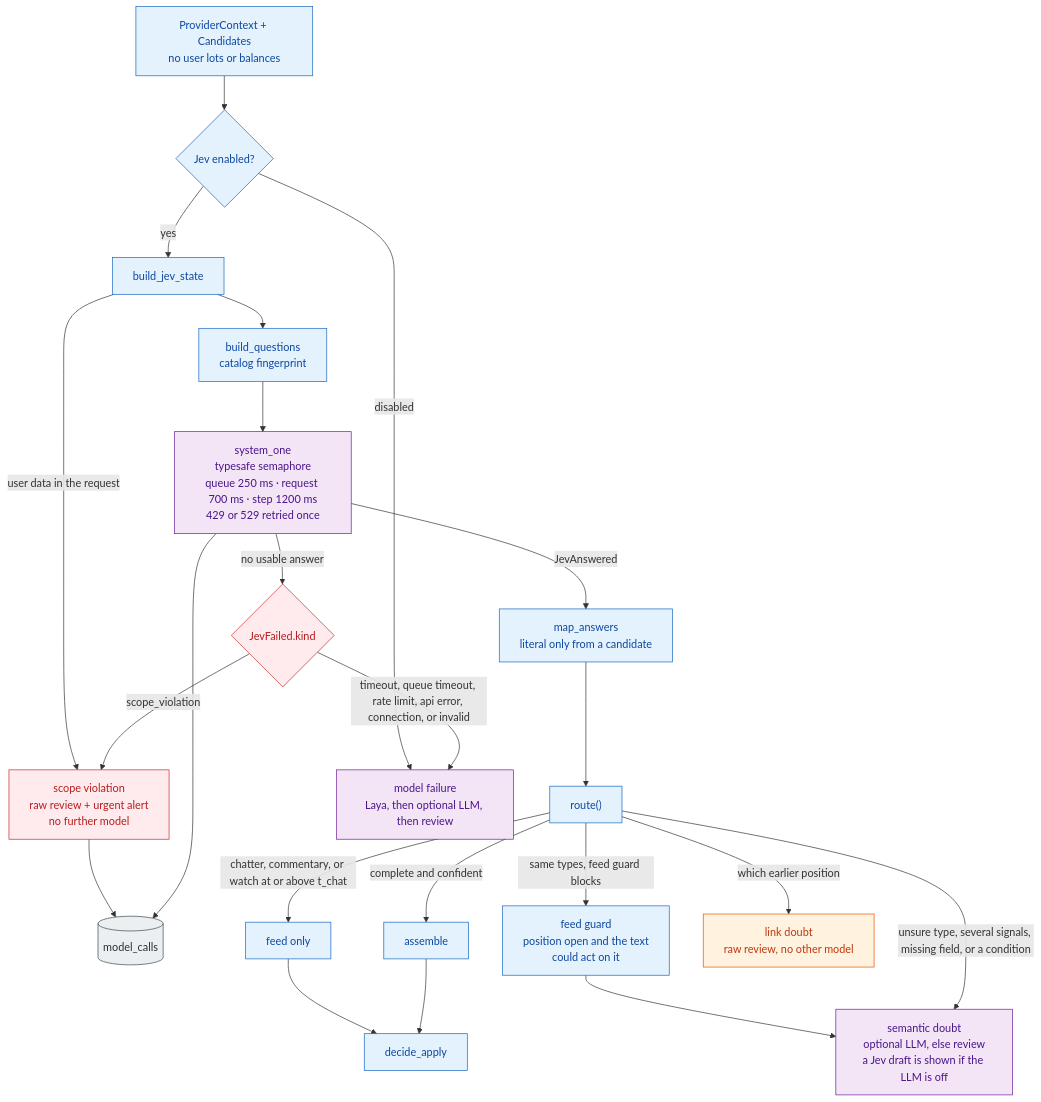
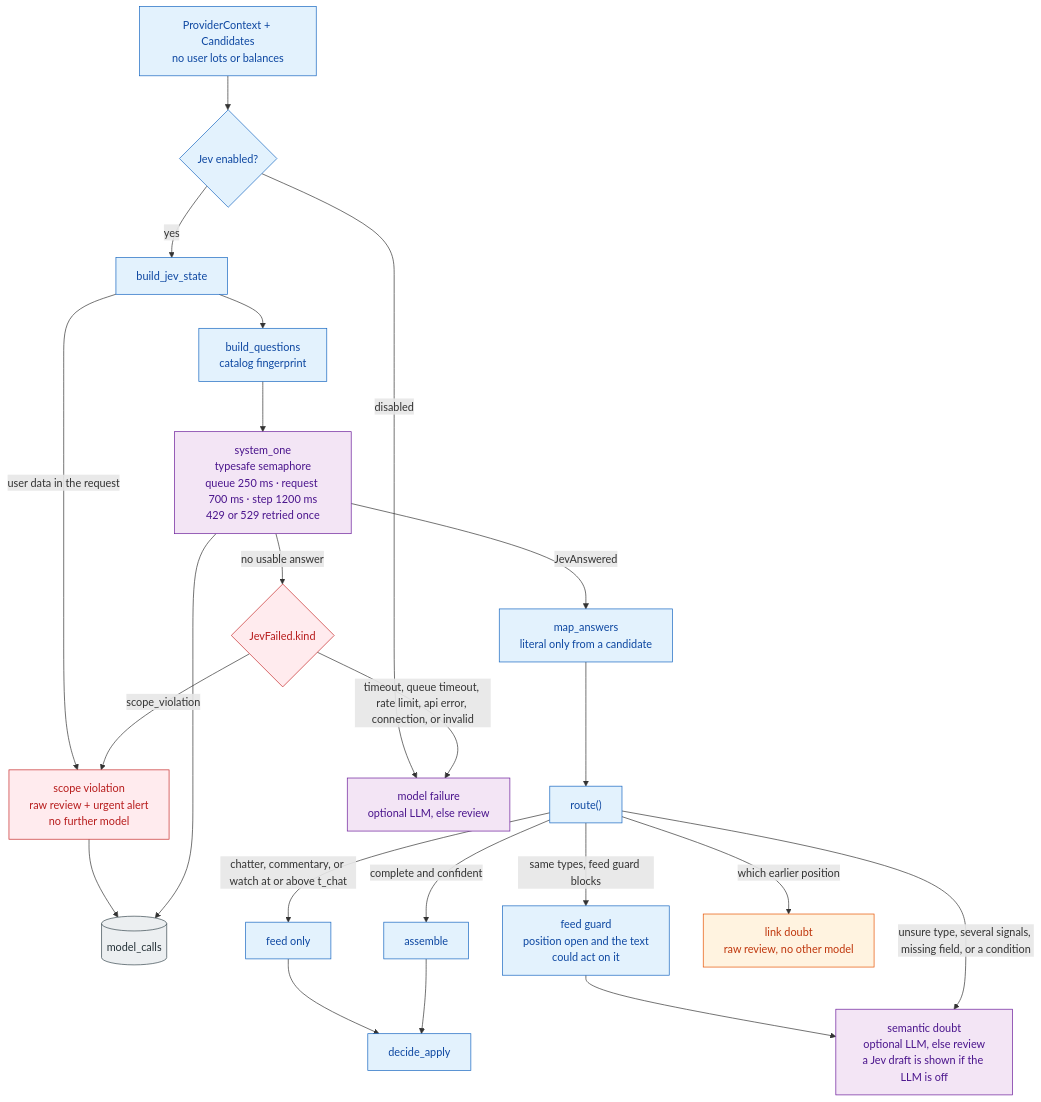
The diagram in docs/diagrams/14-jev.md (idolrun/trading-agent), drawn with Mermaid before and after one commit. The commit also changed other lines of this file and 64 other files, not shown here.

````diff
--- a/docs/diagrams/14-jev.md
+++ b/docs/diagrams/14-jev.md
@@ -11,46 +11,46 @@
 ```mermaid
 flowchart TB
     classDef code fill:#e3f2fd,stroke:#1565c0,color:#0d47a1
     classDef model fill:#f3e5f5,stroke:#6a1b9a,color:#4a148c
     classDef human fill:#fff3e0,stroke:#e65100,color:#bf360c
     classDef fail fill:#ffebee,stroke:#c62828,color:#b71c1c
     classDef store fill:#eceff1,stroke:#37474f,color:#263238
 
     IN["ProviderContext + Candidates<br/>no user lots or balances"]:::code
     ON{"Jev enabled?"}:::code
     STATE["build_jev_state"]:::code
     SCOPE["scope violation<br/>raw review + urgent alert<br/>no further model"]:::fail
     QS["build_questions<br/>catalog fingerprint"]:::code
     CALL["system_one<br/>typesafe semaphore<br/>queue 250 ms · request 700 ms · step 1200 ms<br/>429 or 529 retried once"]:::model
     AUDIT[("model_calls")]:::store
     FAIL{"JevFailed.kind"}:::fail
     MAP["map_answers<br/>literal only from a candidate"]:::code
     ROUTE["route()"]:::code
     FEED["feed only"]:::code
     ASM["assemble"]:::code
     APPLY["decide_apply"]:::code
     GUARD["feed guard<br/>position open and the text<br/>could act on it"]:::code
     LINK["link doubt<br/>raw review, no other model"]:::human
     SEM["semantic doubt<br/>optional LLM, else review<br/>a Jev draft is shown if the LLM is off"]:::model
-    LAYA["model failure<br/>Laya, then optional LLM, then review"]:::model
+    MF["model failure<br/>optional LLM, else review"]:::model
 
     IN --> ON
-    ON -->|"disabled"| LAYA
+    ON -->|"disabled"| MF
     ON -->|"yes"| STATE
     STATE -->|"user data in the request"| SCOPE
     SCOPE --> AUDIT
     STATE --> QS --> CALL
     CALL --> AUDIT
     CALL -->|"no usable answer"| FAIL
     FAIL -->|"scope_violation"| SCOPE
-    FAIL -->|"timeout, queue timeout, rate limit, api error, connection, or invalid"| LAYA
+    FAIL -->|"timeout, queue timeout, rate limit, api error, connection, or invalid"| MF
     CALL -->|"JevAnswered"| MAP --> ROUTE
     ROUTE -->|"chatter, commentary, or watch at or above t_chat"| FEED
     ROUTE -->|"same types, feed guard blocks"| GUARD
     GUARD --> SEM
     ROUTE -->|"which earlier position"| LINK
     ROUTE -->|"complete and confident"| ASM
     ROUTE -->|"unsure type, several signals, missing field, or a condition"| SEM
     FEED --> APPLY
     ASM --> APPLY
 ```
````
